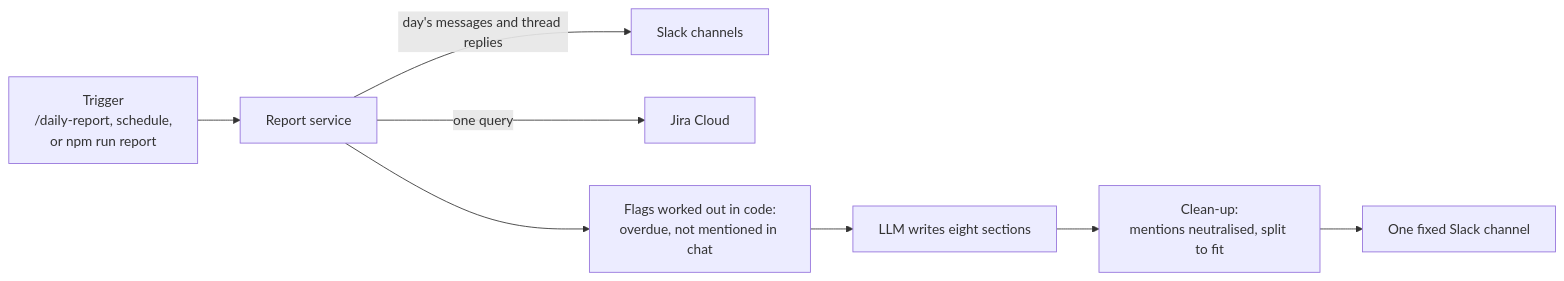
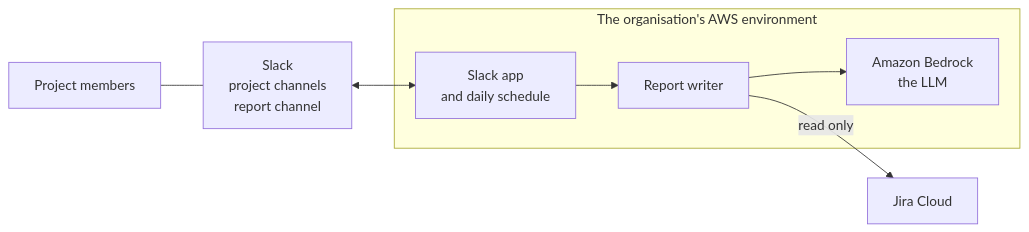
Before and after one commit to phuc-nt/slack-web-automation-poc: the second of 2 diagrams in docs/poc/02-daily-report.md, drawn with Mermaid. The commit also changed other lines of this file and 6 other files, not shown here.

````diff
--- a/docs/poc/02-daily-report.md
+++ b/docs/poc/02-daily-report.md
@@ -27,10 +64,13 @@
 ```mermaid
 flowchart LR
-    T[Trigger<br/>/daily-report, schedule,<br/>or npm run report] --> R[Report service]
-    R -->|day's messages and thread replies| S[Slack channels]
-    R -->|one query| J[Jira Cloud]
-    R --> F[Flags worked out in code:<br/>overdue, not mentioned in chat]
-    F --> L[LLM writes eight sections]
-    L --> C[Clean-up:<br/>mentions neutralised, split to fit]
-    C --> P[One fixed Slack channel]
+    U[Project members] --- SL[Slack<br/>project channels<br/>report channel]
+    subgraph AWS[The organisation's AWS environment]
+        APP[Slack app<br/>and daily schedule]
+        RW[Report writer]
+        LLM[Amazon Bedrock<br/>the LLM]
+    end
+    SL <--> APP
+    APP --> RW
+    RW --> LLM
+    RW -->|read only| JIRA[Jira Cloud]
 ```
````
